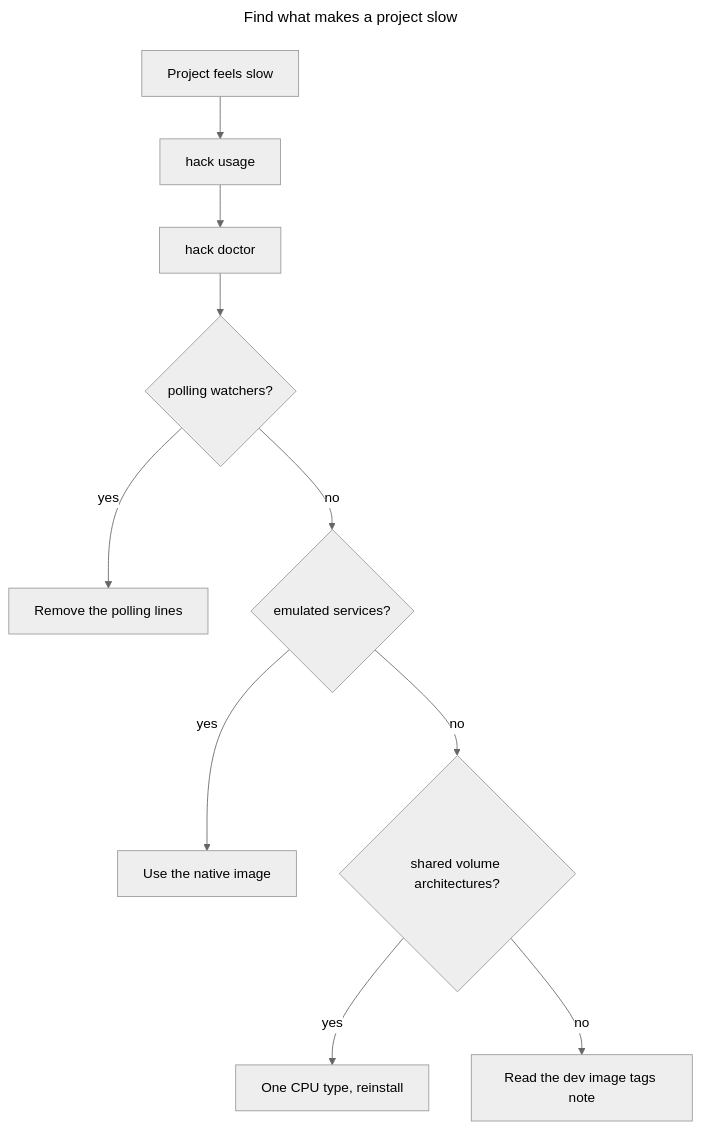
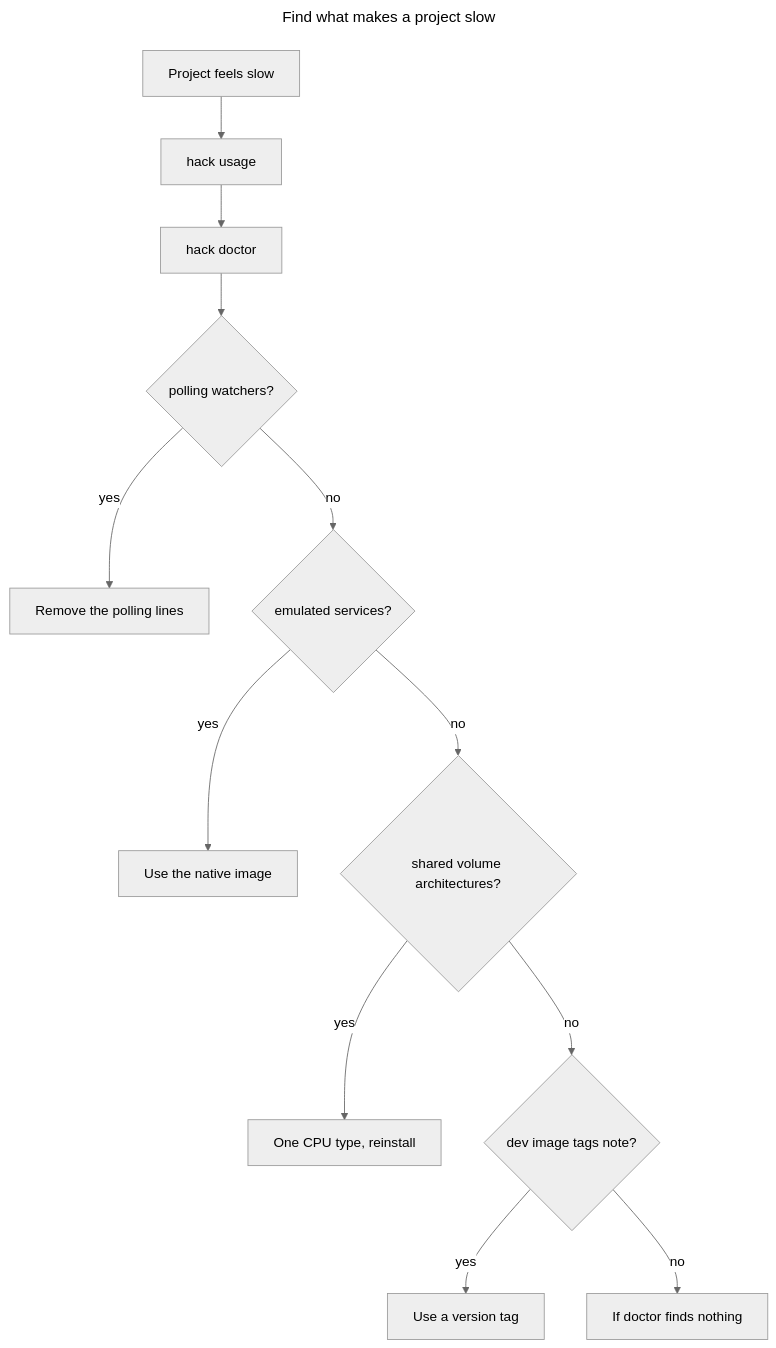
Before and after one commit to hack-dance/hack: the diagram in docs/versions/v5/guides/slow-mac.md, drawn with Mermaid (neutral theme). The commit also changed other lines of this file, not shown here.

First line of the commit message:
docs(doctor): narrow the slow-Mac claims to what doctor checks

````diff
--- a/docs/versions/v5/guides/slow-mac.md
+++ b/docs/versions/v5/guides/slow-mac.md
@@ -16,15 +17,17 @@
 ```mermaid
 ---
 title: Find what makes a project slow
 ---
 flowchart TD
   Start["Project feels slow"] --> Usage["hack usage"]
   Usage --> Doctor["hack doctor"]
   Doctor --> Poll{"polling watchers?"}
   Poll -->|yes| FixPoll["Remove the polling lines"]
   Poll -->|no| Emu{"emulated services?"}
   Emu -->|yes| FixEmu["Use the native image"]
   Emu -->|no| Vol{"shared volume architectures?"}
   Vol -->|yes| FixVol["One CPU type, reinstall"]
-  Vol -->|no| Tag["Read the dev image tags note"]
+  Vol -->|no| Tag{"dev image tags note?"}
+  Tag -->|yes| FixTag["Use a version tag"]
+  Tag -->|no| Other["If doctor finds nothing"]
 ```
````
